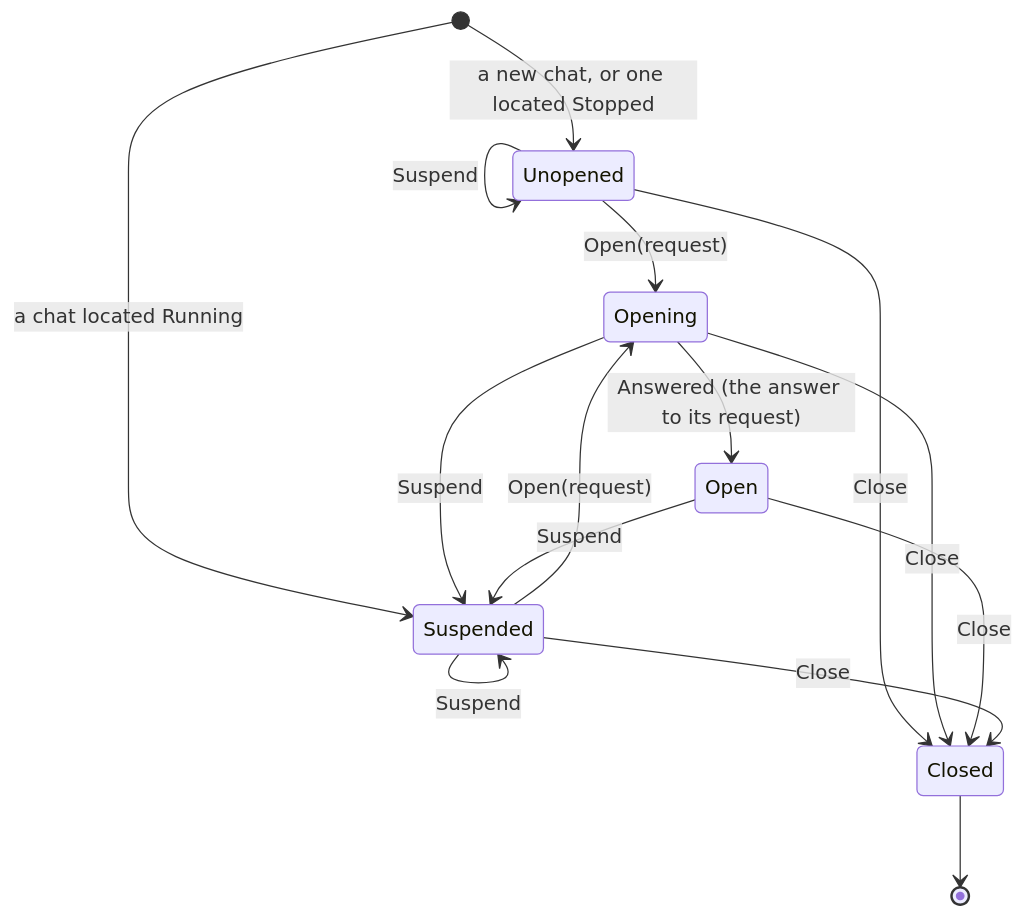
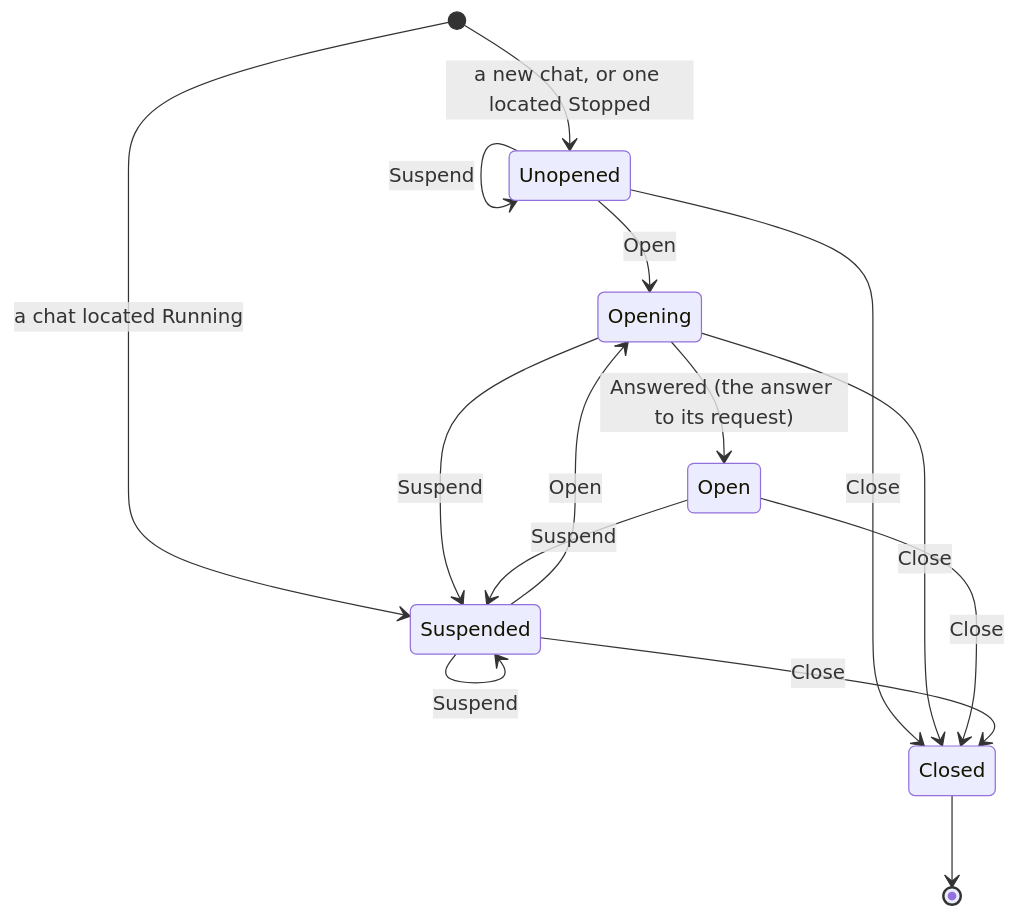
One commit to zerlok/hermod changed diagram 12 of 15 in docs/ARCHITECTURE.md. Above: the diagram before and after it, drawn with Mermaid. The commit also changed other lines of this file and 7 other files, not shown here.

````diff
--- a/docs/ARCHITECTURE.md
+++ b/docs/ARCHITECTURE.md
@@ -957,17 +992,17 @@
 ```mermaid
 stateDiagram-v2
     [*] --> Unopened: a new chat, or one located Stopped
     [*] --> Suspended: a chat located Running
-    Unopened --> Opening: Open(request)
+    Unopened --> Opening: Open
     Unopened --> Unopened: Suspend
     Opening --> Open: Answered (the answer to its request)
     Opening --> Suspended: Suspend
     Open --> Suspended: Suspend
     Suspended --> Suspended: Suspend
-    Suspended --> Opening: Open(request)
+    Suspended --> Opening: Open
     Unopened --> Closed: Close
     Opening --> Closed: Close
     Open --> Closed: Close
     Suspended --> Closed: Close
     Closed --> [*]
 ```
````
